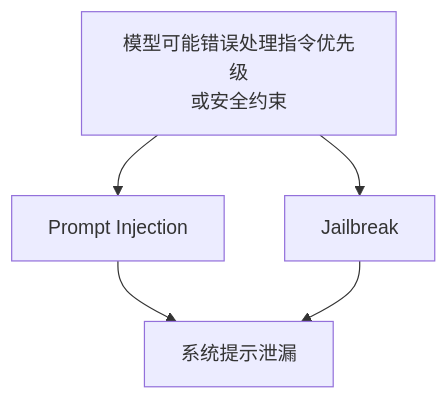
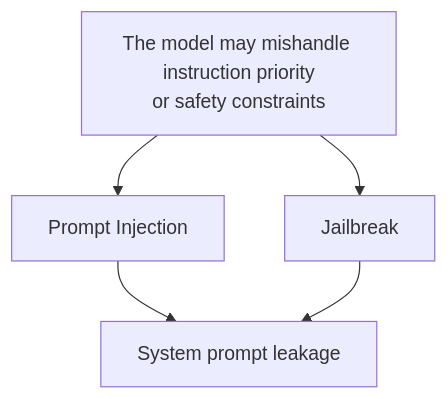
The first of 2 diagrams in docs/safety/02-prompt-content-attacks/02-prompt-injection-jailbreak-system-prompt-leakage.md (oneleaveknowsthefall/awesome-ai-roadmap), drawn with Mermaid before and after one commit. The commit also changed other lines of this file and 82 other files, not shown here.

````diff
--- a/docs/safety/02-prompt-content-attacks/02-prompt-injection-jailbreak-system-prompt-leakage.md
+++ b/docs/safety/02-prompt-content-attacks/02-prompt-injection-jailbreak-system-prompt-leakage.md
@@ -19,7 +19,7 @@
 ```mermaid
 flowchart TB
-    ROOT["模型可能错误处理指令优先级<br/>或安全约束"] --> PI[Prompt Injection]
+    ROOT["The model may mishandle instruction priority<br/>or safety constraints"] --> PI[Prompt Injection]
     ROOT --> JB[Jailbreak]
-    PI --> SPL[系统提示泄漏]
+    PI --> SPL[System prompt leakage]
     JB --> SPL
 ```
````
